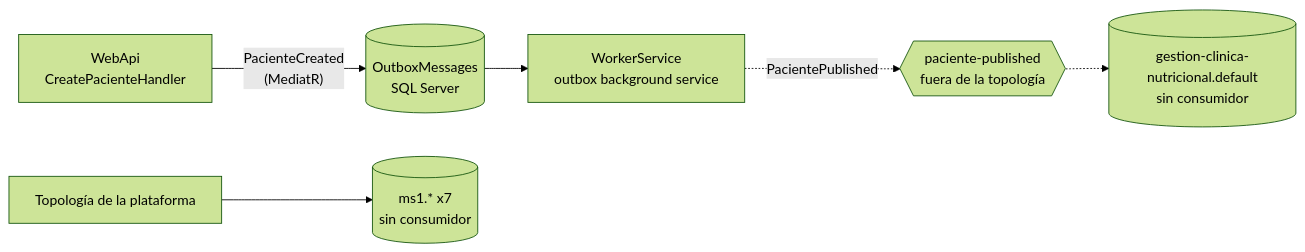
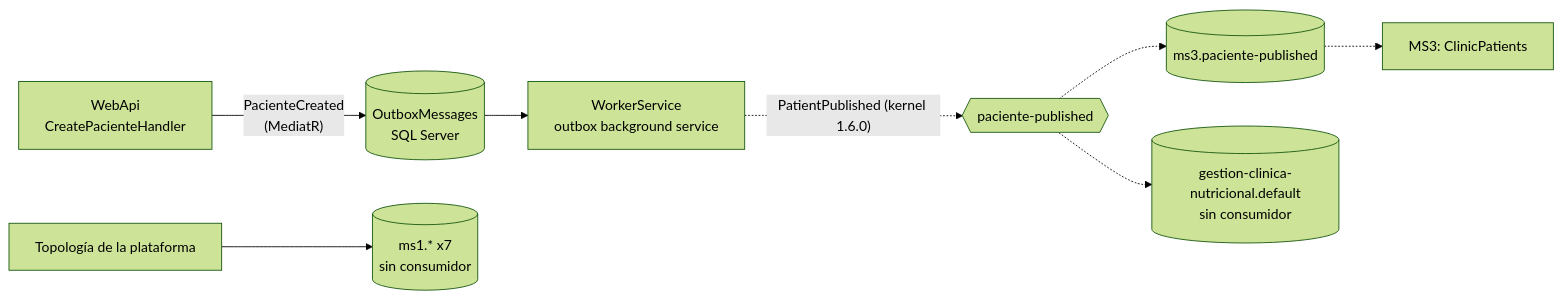
The diagram in services/ms1-clinic/messaging.md (Nur-tricenter/knowledge), drawn with Mermaid (forest theme) before and after one commit. The commit also changed other lines of this file and 43 other files, not shown here.

````diff
--- a/services/ms1-clinic/messaging.md
+++ b/services/ms1-clinic/messaging.md
@@ -47,8 +51,9 @@
 ```mermaid
 flowchart LR
   API[WebApi<br/>CreatePacienteHandler] -- "PacienteCreated<br/>(MediatR)" --> OB[(OutboxMessages<br/>SQL Server)]
   OB --> W[WorkerService<br/>outbox background service]
-  W -. "PacientePublished" .-> X{{paciente-published<br/>fuera de la topología}}
+  W -. "PatientPublished (kernel 1.6.0)" .-> X{{paciente-published}}
+  X -.-> QM[(ms3.paciente-published)] -.-> MS3[MS3: ClinicPatients]
   X -.-> Q[(gestion-clinica-nutricional.default<br/>sin consumidor)]
   T[Topología de la plataforma] --> Q1[(ms1.* x7<br/>sin consumidor)]
 ```
````
